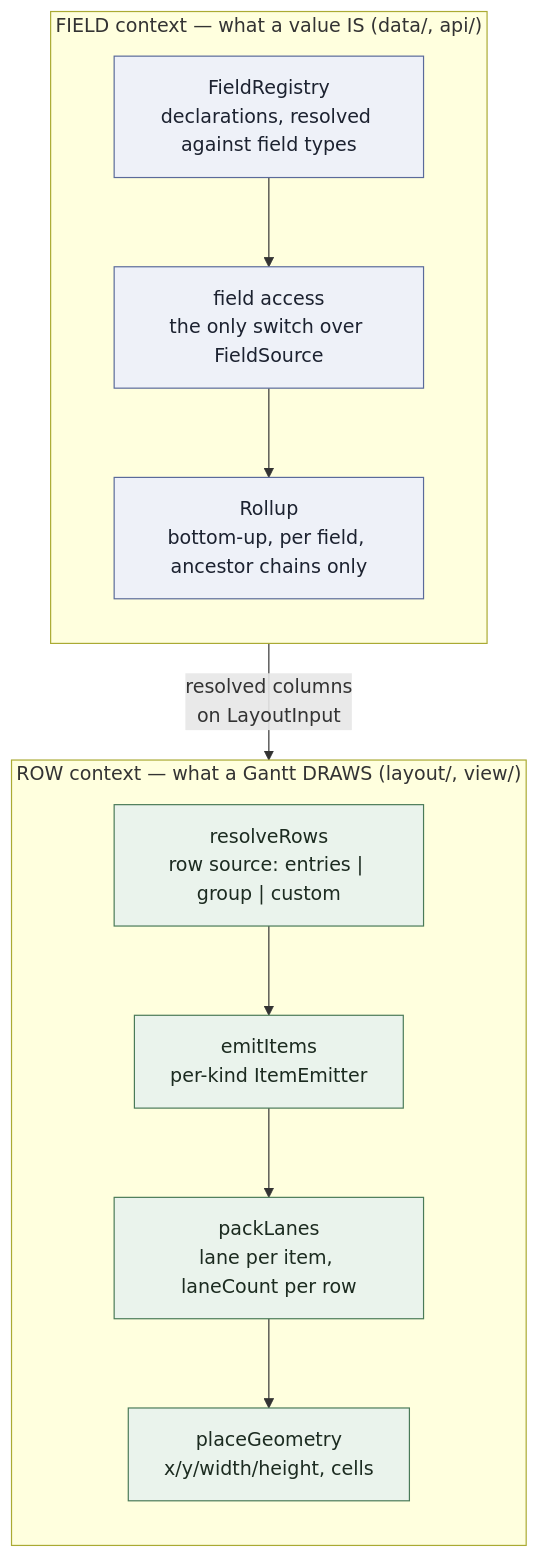
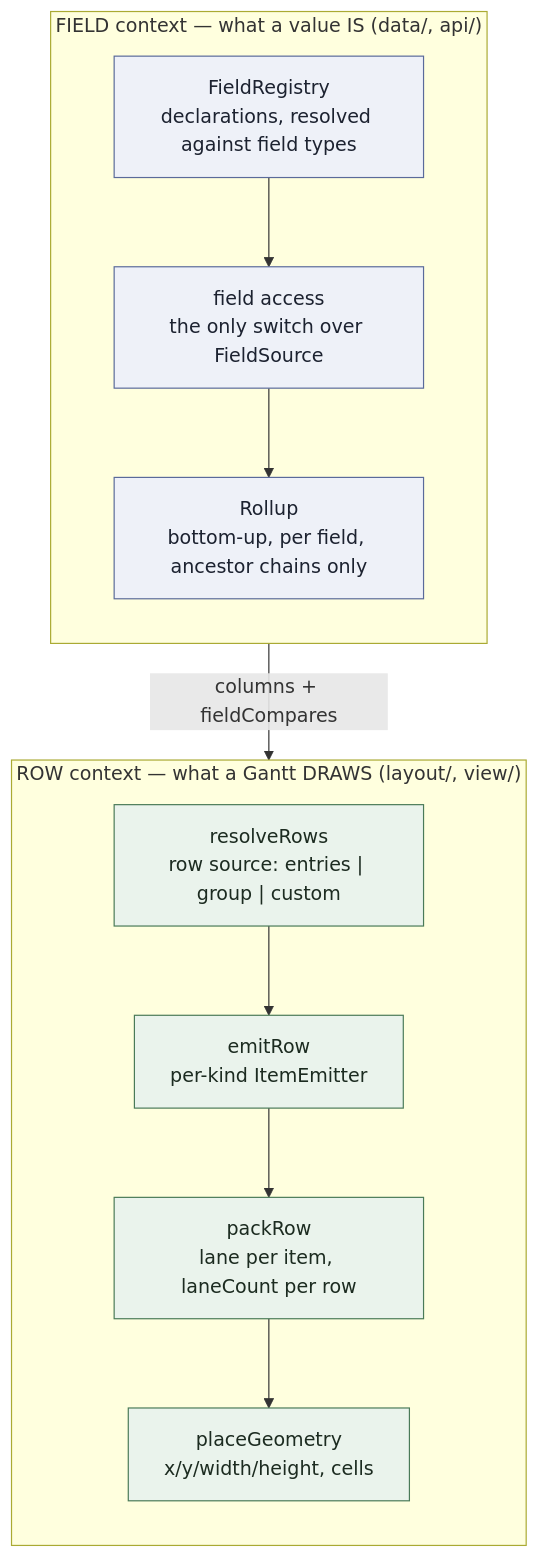
One commit to freegantt/freegantt changed the diagram in plans/s4-hierarchy-and-rows/README.md. Above: the diagram before and after it, drawn with Mermaid. The commit also changed other lines of this file and 12 other files, not shown here.

````diff
--- a/plans/s4-hierarchy-and-rows/README.md
+++ b/plans/s4-hierarchy-and-rows/README.md
@@ -69,26 +69,26 @@
 ```mermaid
 flowchart TB
   subgraph fieldctx["FIELD context — what a value IS (data/, api/)"]
     direction TB
     F1["FieldRegistry<br/>declarations, resolved against field types"]
     F2["field access<br/>the only switch over FieldSource"]
     F3["Rollup<br/>bottom-up, per field, ancestor chains only"]
     F1 --> F2 --> F3
   end
 
   subgraph rowctx["ROW context — what a Gantt DRAWS (layout/, view/)"]
     direction TB
     R1["resolveRows<br/>row source: entries | group | custom"]
-    R2["emitItems<br/>per-kind ItemEmitter"]
-    R3["packLanes<br/>lane per item, laneCount per row"]
+    R2["emitRow<br/>per-kind ItemEmitter"]
+    R3["packRow<br/>lane per item, laneCount per row"]
     R4["placeGeometry<br/>x/y/width/height, cells"]
     R1 --> R2 --> R3 --> R4
   end
 
-  fieldctx -->|"resolved columns<br/>on LayoutInput"| rowctx
+  fieldctx -->|"columns + fieldCompares"| rowctx
 
   classDef f fill:#eef1f8,stroke:#5a6a9a,color:#1c2230
   classDef r fill:#eaf3ec,stroke:#4a7a58,color:#1c2b20
   class F1,F2,F3 f
   class R1,R2,R3,R4 r
 ```
````
